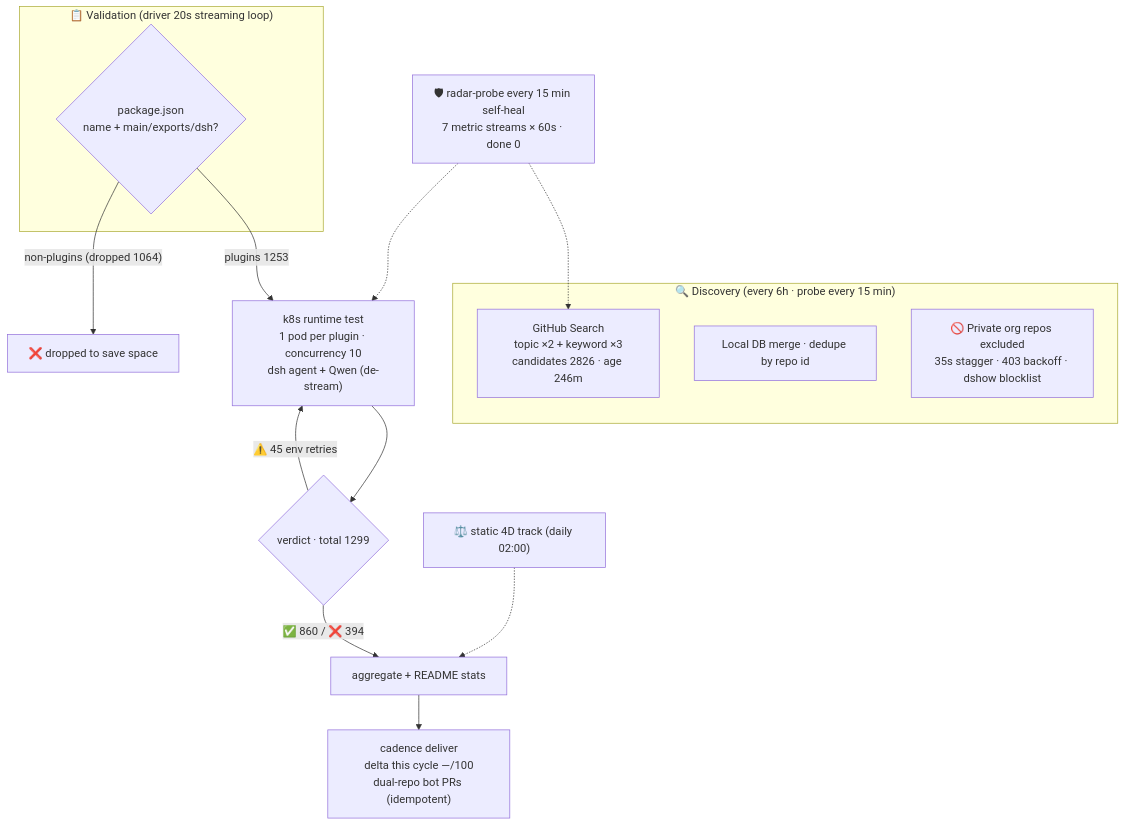
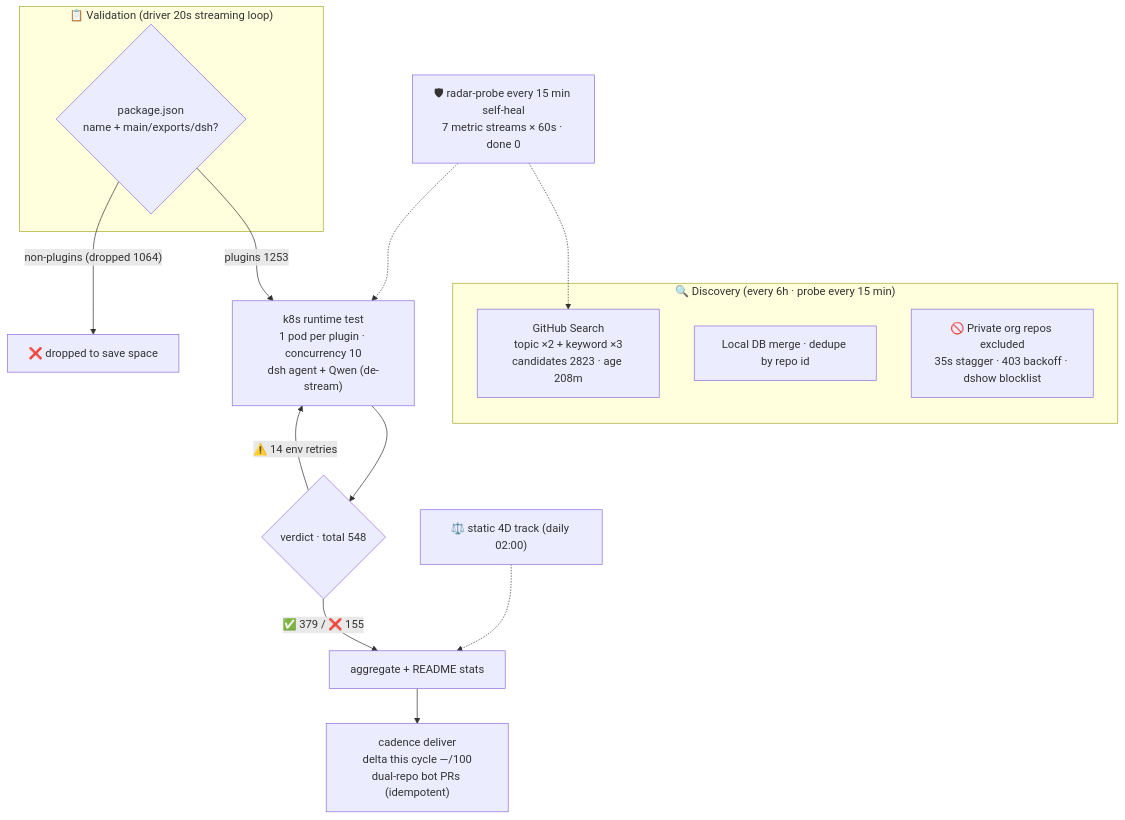
One commit to Zhidao-Lab-OSS/awesome-dsh-plugins changed the diagram in README.en-US.md. Above: the diagram before and after it, drawn with Mermaid. The commit also changed other lines of this file and 1 other file, not shown here.

````diff
--- a/README.en-US.md
+++ b/README.en-US.md
@@ -29,20 +29,20 @@
 ```mermaid
 flowchart TB
     subgraph Discovery["🔍 Discovery (every 6h · probe every 15 min)"]
-        A1["GitHub Search<br/>topic ×2 + keyword ×3<br/>candidates 2826 · age 246m"]
+        A1["GitHub Search<br/>topic ×2 + keyword ×3<br/>candidates 2823 · age 208m"]
         A2["Local DB merge · dedupe by repo id"]
         A3["🚫 Private org repos excluded<br/>35s stagger · 403 backoff · dshow blocklist"]
     end
     subgraph Validation["📋 Validation (driver 20s streaming loop)"]
         B1{"package.json<br/>name + main/exports/dsh?"}
     end
     B1 -->|"plugins 1253"| C1["k8s runtime test<br/>1 pod per plugin · concurrency 10<br/>dsh agent + Qwen (de-stream)"]
     B1 -->|"non-plugins (dropped 1064)"| B3["❌ dropped to save space"]
-    C1 --> D1{"verdict · total 1299"}
-    D1 -->|"✅ 860 / ❌ 394"| E1["aggregate + README stats"]
-    D1 -->|"⚠️ 45 env retries"| C1
+    C1 --> D1{"verdict · total 548"}
+    D1 -->|"✅ 379 / ❌ 155"| E1["aggregate + README stats"]
+    D1 -->|"⚠️ 14 env retries"| C1
     E1 --> E2["cadence deliver<br/>delta this cycle —/100<br/>dual-repo bot PRs (idempotent)"]
     S["⚖️ static 4D track (daily 02:00)"] -.-> E1
     M["🛡 radar-probe every 15 min self-heal<br/>7 metric streams × 60s · done 0"] -.-> A1
     M -.-> C1
 ```
````
